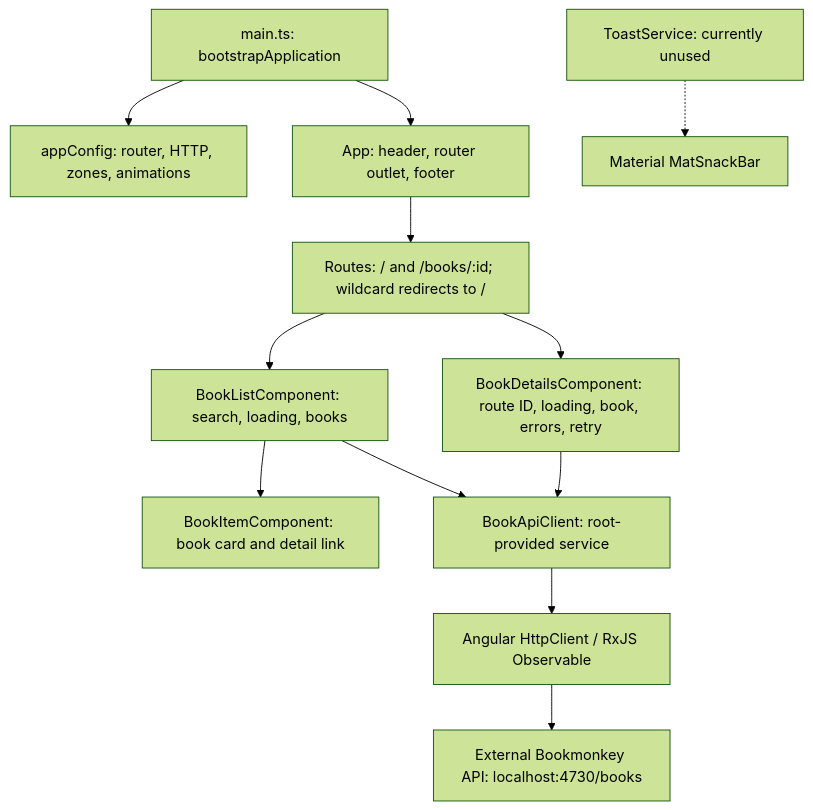
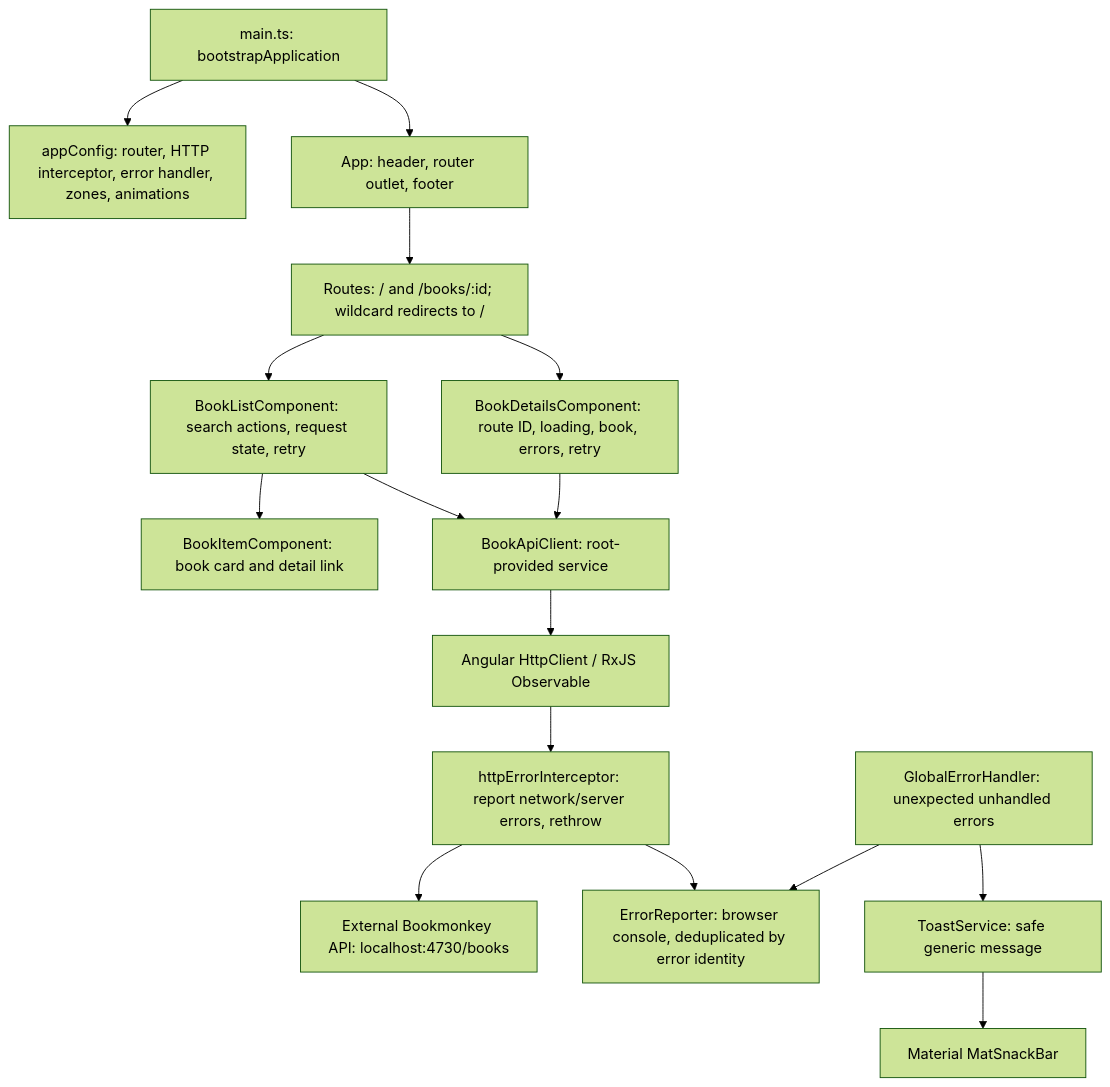
One commit to workshops-de/ki-software-engineer changed the diagram in ARCHITECTURE.md. Above: the diagram before and after it, drawn with Mermaid (forest theme). The commit also changed other lines of this file and 16 other files, not shown here.

First line of the commit message:
refactor: unify book state and error handling

````diff
--- a/ARCHITECTURE.md
+++ b/ARCHITECTURE.md
@@ -11,14 +11,18 @@
 ```mermaid
 flowchart TD
-    Main["main.ts: bootstrapApplication"] --> Config["appConfig: router, HTTP, zones, animations"]
+    Main["main.ts: bootstrapApplication"] --> Config["appConfig: router, HTTP interceptor, error handler, zones, animations"]
     Main --> App["App: header, router outlet, footer"]
     App --> Routes["Routes: / and /books/:id; wildcard redirects to /"]
-    Routes --> List["BookListComponent: search, loading, books"]
+    Routes --> List["BookListComponent: search actions, request state, retry"]
     Routes --> Details["BookDetailsComponent: route ID, loading, book, errors, retry"]
     List --> Item["BookItemComponent: book card and detail link"]
     List --> Client["BookApiClient: root-provided service"]
     Details --> Client
     Client --> Http["Angular HttpClient / RxJS Observable"]
-    Http --> API["External Bookmonkey API: localhost:4730/books"]
-    Toast["ToastService: currently unused"] -.-> Snack["Material MatSnackBar"]
+    Http --> Interceptor["httpErrorInterceptor: report network/server errors, rethrow"]
+    Interceptor --> API["External Bookmonkey API: localhost:4730/books"]
+    Interceptor --> Reporter["ErrorReporter: browser console, deduplicated by error identity"]
+    Global["GlobalErrorHandler: unexpected unhandled errors"] --> Reporter
+    Global --> Toast["ToastService: safe generic message"]
+    Toast --> Snack["Material MatSnackBar"]
 ```
````
